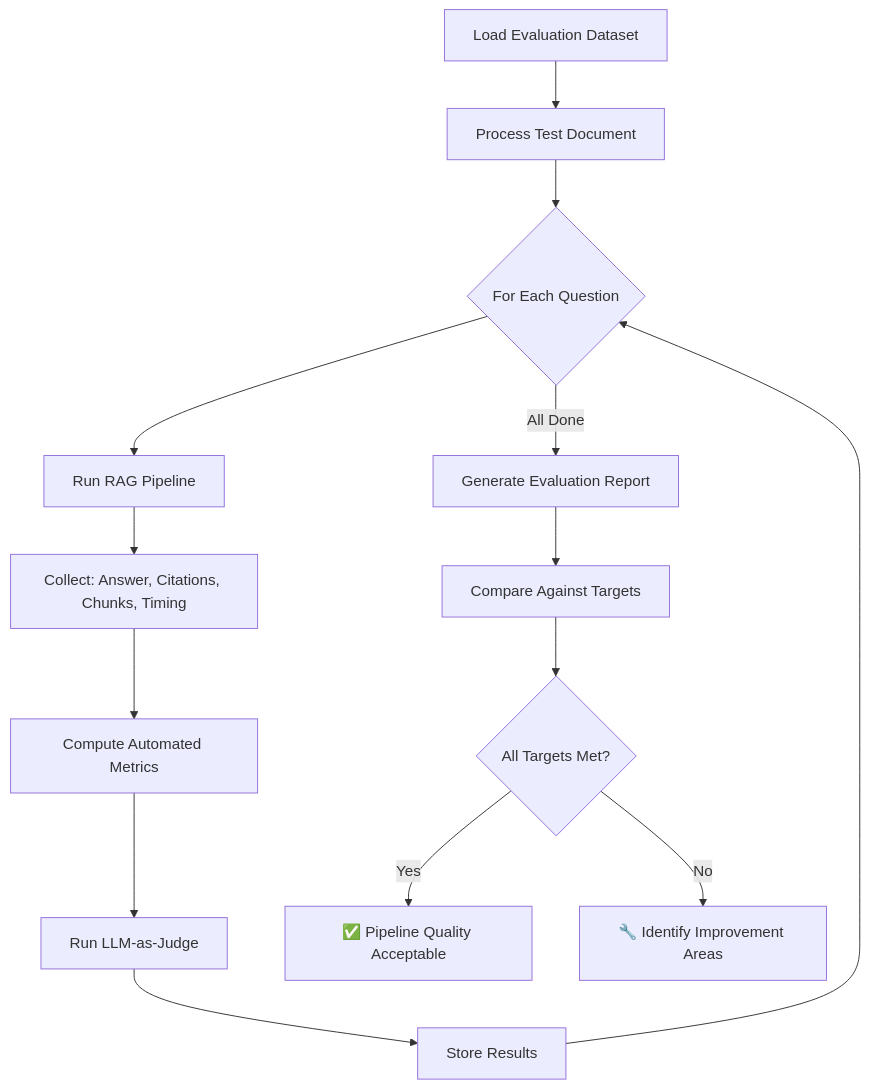
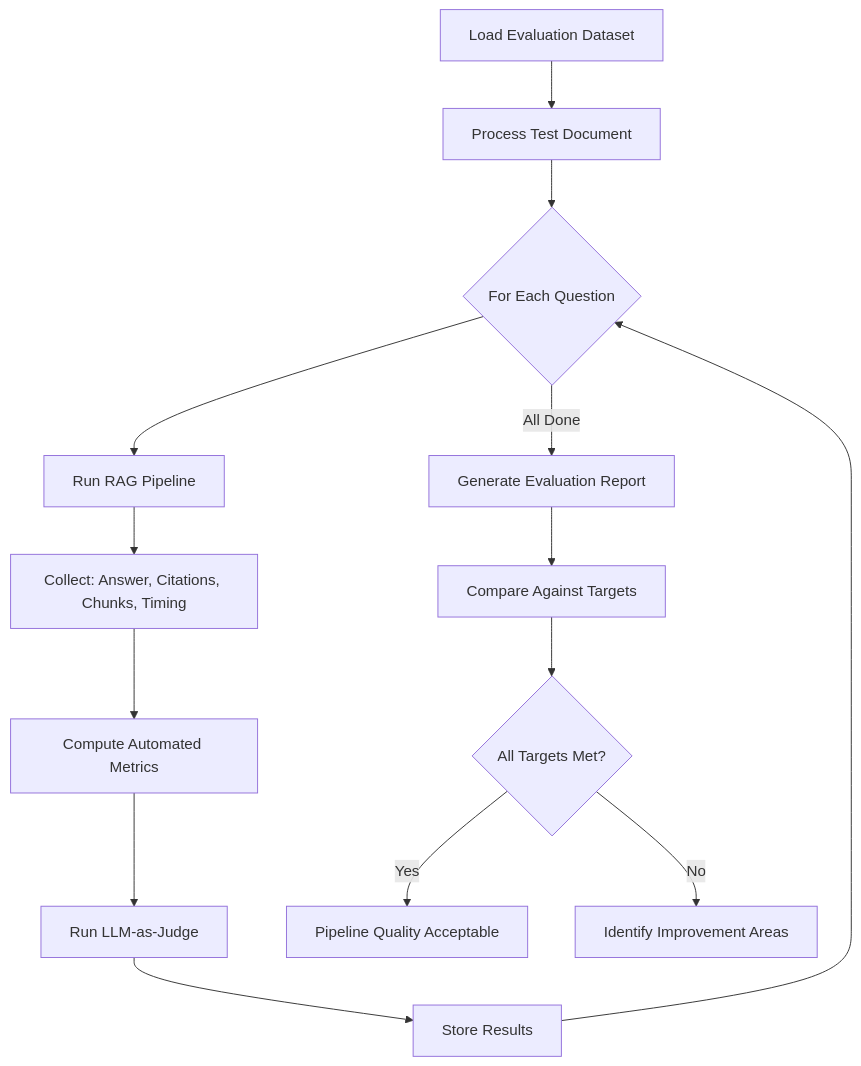
The diagram in docs/AI_EVALUATION.md (Samar-365/Financial-Document-Intelligence-RAG-Analytics-Platform), drawn with Mermaid before and after one commit. The commit also changed other lines of this file and 19 other files, not shown here.

````diff
--- a/docs/AI_EVALUATION.md
+++ b/docs/AI_EVALUATION.md
@@ -252,16 +252,16 @@
 ```mermaid
 flowchart TD
     A[Load Evaluation Dataset] --> B[Process Test Document]
     B --> C{For Each Question}
     C --> D[Run RAG Pipeline]
     D --> E[Collect: Answer, Citations, Chunks, Timing]
     E --> F[Compute Automated Metrics]
     F --> G[Run LLM-as-Judge]
     G --> H[Store Results]
     H --> C
     C -->|All Done| I[Generate Evaluation Report]
     I --> J[Compare Against Targets]
     J --> K{All Targets Met?}
-    K -->|Yes| L[✅ Pipeline Quality Acceptable]
-    K -->|No| M[🔧 Identify Improvement Areas]
+    K -->|Yes| L[ Pipeline Quality Acceptable]
+    K -->|No| M[ Identify Improvement Areas]
 ```
````
